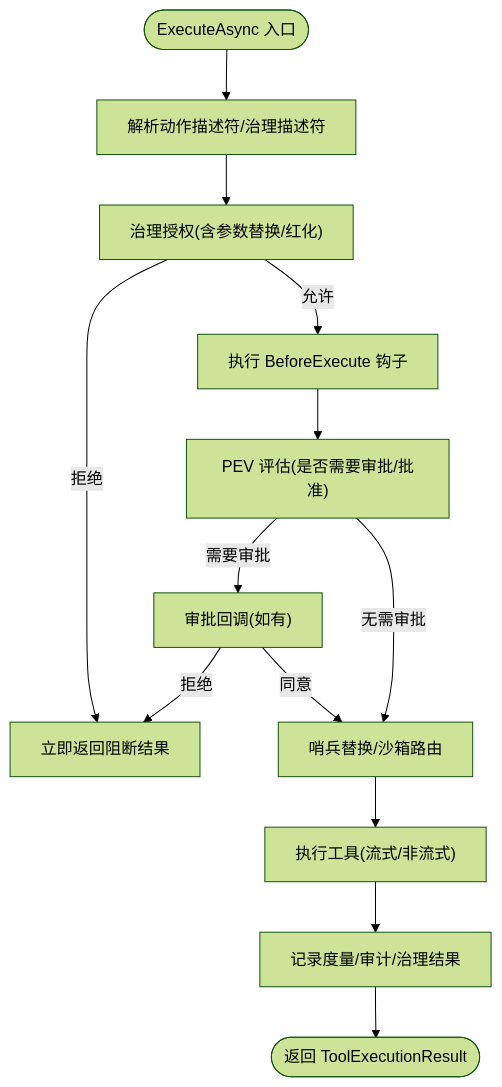
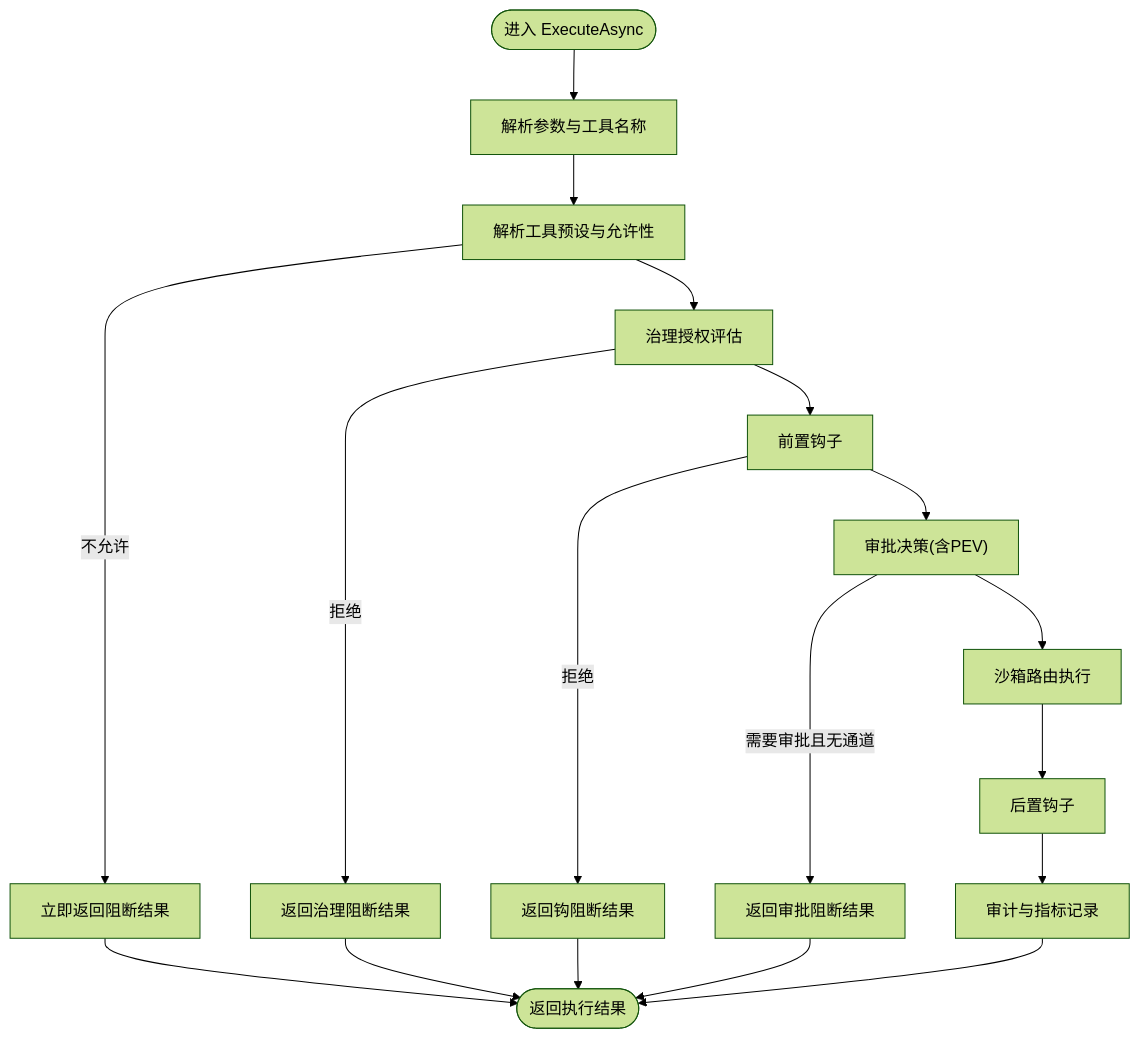
Before and after one commit to wayyet/kingcrab: the fifth of 6 diagrams in .qoder/repowiki/zh/content/代理运行时/代理运行时.md, drawn with Mermaid (forest theme). The commit also changed other lines of this file and 431 other files, not shown here.

````diff
--- a/.qoder/repowiki/zh/content/代理运行时/代理运行时.md
+++ b/.qoder/repowiki/zh/content/代理运行时/代理运行时.md
@@ -232,15 +264,16 @@
 ```mermaid
 flowchart TD
-Enter(["ExecuteAsync 入口"]) --> Parse["解析动作描述符/治理描述符"]
-Parse --> Authorize["治理授权(含参数替换/红化)"]
-Authorize --> |拒绝| Deny["立即返回阻断结果"]
-Authorize --> |允许| Hooks["执行 BeforeExecute 钩子"]
-Hooks --> PEV["PEV 评估(是否需要审批/批准)"]
-PEV --> |需要审批| Approve["审批回调(如有)"]
-Approve --> |拒绝| Deny
-Approve --> |同意| Sandbox["哨兵替换/沙箱路由"]
-PEV --> |无需审批| Sandbox
-Sandbox --> Exec["执行工具(流式/非流式)"]
-Exec --> Metrics["记录度量/审计/治理结果"]
-Metrics --> Exit(["返回 ToolExecutionResult"])
+Enter(["进入 ExecuteAsync"]) --> Parse["解析参数与工具名称"]
+Parse --> Preset["解析工具预设与允许性"]
+Preset --> |不允许| DenyPreset["立即返回阻断结果"] --> End
+Preset --> Authorize["治理授权评估"]
+Authorize --> |拒绝| DenyGov["返回治理阻断结果"] --> End
+Authorize --> HookBefore["前置钩子"]
+HookBefore --> |拒绝| DenyHook["返回钩阻断结果"] --> End
+HookBefore --> Approval["审批决策(含PEV)"]
+Approval --> |需要审批且无通道| DenyApproval["返回审批阻断结果"] --> End
+Approval --> Sandbox["沙箱路由执行"]
+Sandbox --> HookAfter["后置钩子"]
+HookAfter --> Audit["审计与指标记录"]
+Audit --> End(["返回执行结果"])
 ```
````
